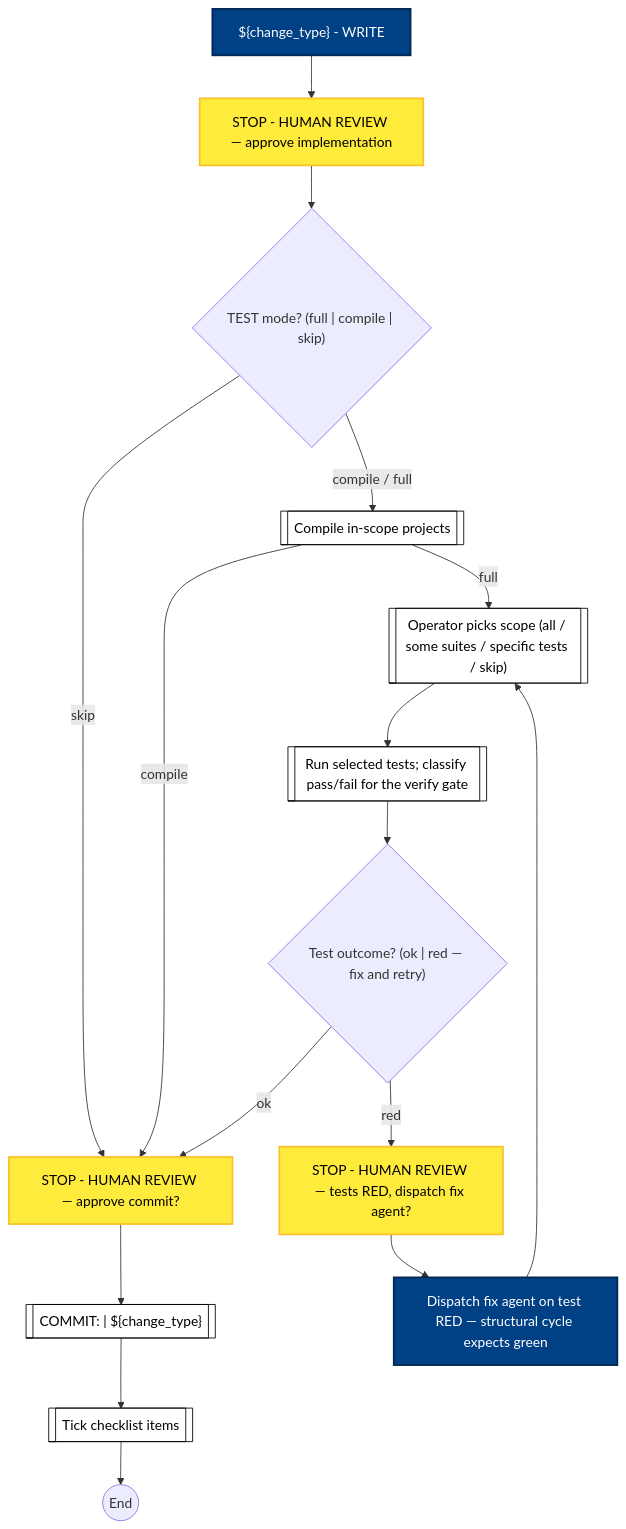
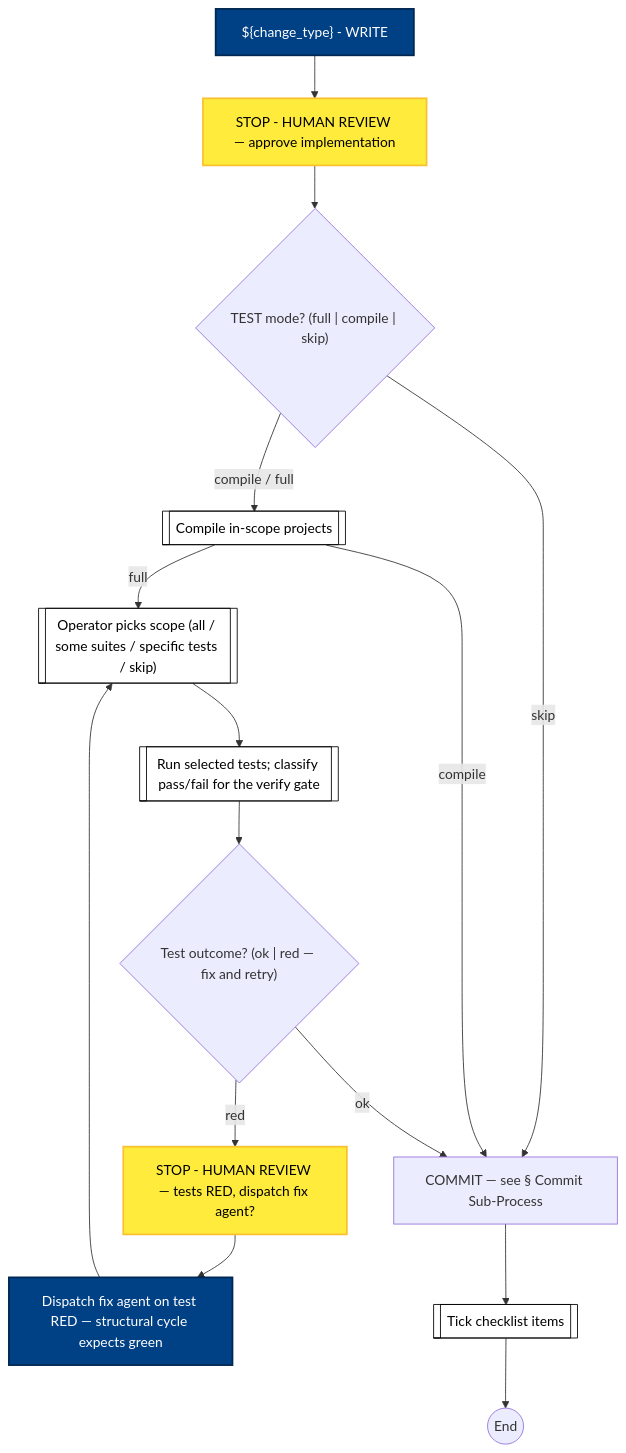
Before and after one commit to optivem/gh-optivem: the ninth of 15 diagrams in docs/process-diagram.md, drawn with Mermaid. The commit also changed other lines of this file and 27 other files, not shown here.

First line of the commit message:
atdd: extract shared commit sub-process — pair APPROVE_COMMIT with EXECUTE_COMMIT by construction

````diff
--- a/docs/process-diagram.md
+++ b/docs/process-diagram.md
@@ -243,41 +236,39 @@
 ```mermaid
 flowchart TD
-    APPROVE_COMMIT[STOP - HUMAN REVIEW — approve commit?]
     APPROVE_STRUCTURAL_CHANGE[STOP - HUMAN REVIEW — approve implementation]
     CHOOSE_TESTS[["Operator picks scope (all / some suites / specific tests / skip)"]]
-    COMMIT_STRUCT[["COMMIT: <Ticket> | ${change_type}"]]
+    COMMIT[COMMIT — see § Commit Sub-Process]
     COMPILE[[Compile in-scope projects]]
     FIX_STRUCT_VERIFY[Dispatch fix agent on test RED — structural cycle expects green]
     GATE_STRUCT_VERIFY{"Test outcome? (ok | red — fix and retry)"}
     GATE_TEST_MODE{"TEST mode? (full | compile | skip)"}
     IMPLEMENT_STRUCTURAL_CHANGE["${change_type} - WRITE"]
     RUN_TESTS[["Run selected tests; classify pass/fail for the verify gate"]]
     STOP_STRUCT_VERIFY_REVIEW[STOP - HUMAN REVIEW — tests RED, dispatch fix agent?]
     STRUCT_END((End))
     TICK_CHECKLIST[[Tick checklist items]]
 
     IMPLEMENT_STRUCTURAL_CHANGE --> APPROVE_STRUCTURAL_CHANGE
     APPROVE_STRUCTURAL_CHANGE --> GATE_TEST_MODE
-    GATE_TEST_MODE -- skip --> APPROVE_COMMIT
+    GATE_TEST_MODE -- skip --> COMMIT
     GATE_TEST_MODE -- compile / full --> COMPILE
     COMPILE -- full --> CHOOSE_TESTS
-    COMPILE -- compile --> APPROVE_COMMIT
+    COMPILE -- compile --> COMMIT
     CHOOSE_TESTS --> RUN_TESTS
     RUN_TESTS --> GATE_STRUCT_VERIFY
-    GATE_STRUCT_VERIFY -- ok --> APPROVE_COMMIT
+    GATE_STRUCT_VERIFY -- ok --> COMMIT
     GATE_STRUCT_VERIFY -- red --> STOP_STRUCT_VERIFY_REVIEW
     STOP_STRUCT_VERIFY_REVIEW --> FIX_STRUCT_VERIFY
     FIX_STRUCT_VERIFY --> CHOOSE_TESTS
-    APPROVE_COMMIT --> COMMIT_STRUCT
-    COMMIT_STRUCT --> TICK_CHECKLIST
+    COMMIT --> TICK_CHECKLIST
     TICK_CHECKLIST --> STRUCT_END
 
     classDef serviceNode fill:#ffffff,stroke:#000000,stroke-width:1px,color:#000000
-    class CHOOSE_TESTS,COMMIT_STRUCT,COMPILE,RUN_TESTS,TICK_CHECKLIST serviceNode
+    class CHOOSE_TESTS,COMPILE,RUN_TESTS,TICK_CHECKLIST serviceNode
 
     classDef agentNode fill:#004085,stroke:#002752,stroke-width:2px,color:#ffffff
     class FIX_STRUCT_VERIFY,IMPLEMENT_STRUCTURAL_CHANGE agentNode
 
     classDef humanNode fill:#ffeb3b,stroke:#fbc02d,stroke-width:2px,color:#000000
-    class APPROVE_COMMIT,APPROVE_STRUCTURAL_CHANGE,STOP_STRUCT_VERIFY_REVIEW humanNode
+    class APPROVE_STRUCTURAL_CHANGE,STOP_STRUCT_VERIFY_REVIEW humanNode
 ```
````
